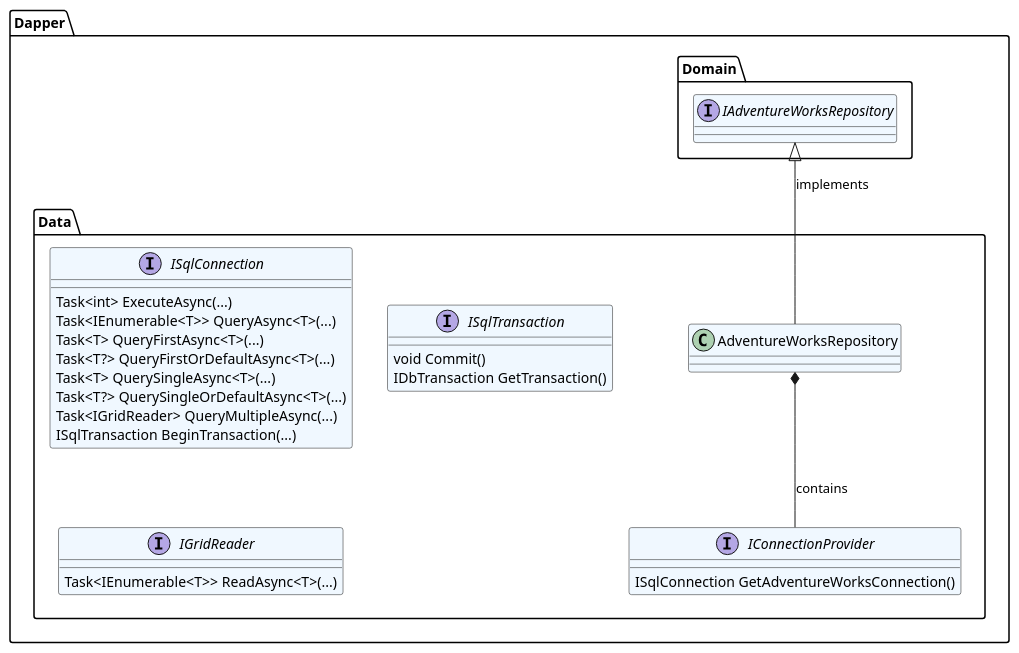
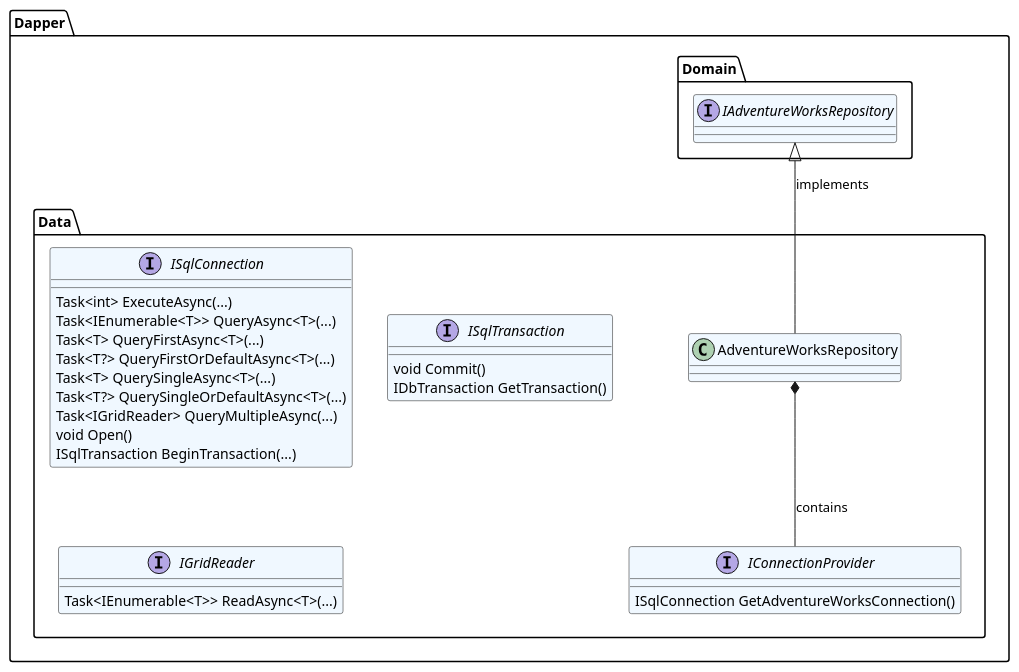
One commit to beautifulcoder/practical-dapper changed the diagram in Dapper.Data/data-access-layer.puml. Above: the diagram before and after it, drawn with PlantUML. The commit also changed 7 other files, not shown here.

```diff
--- a/Dapper.Data/data-access-layer.puml
+++ b/Dapper.Data/data-access-layer.puml
@@ -1,41 +1,42 @@
 @startuml
 'https://plantuml.com/class-diagram
 
 package Dapper.Data {
   together {
     class AdventureWorksRepository #aliceblue
 
     interface IConnectionProvider #aliceblue {
       ISqlConnection GetAdventureWorksConnection()
     }
   }
 
   interface ISqlConnection #aliceblue {
     Task<int> ExecuteAsync(...)
     Task<IEnumerable<T>> QueryAsync<T>(...)
     Task<T> QueryFirstAsync<T>(...)
     Task<T?> QueryFirstOrDefaultAsync<T>(...)
     Task<T> QuerySingleAsync<T>(...)
     Task<T?> QuerySingleOrDefaultAsync<T>(...)
     Task<IGridReader> QueryMultipleAsync(...)
+    void Open()
     ISqlTransaction BeginTransaction(...)
   }
 
   interface ISqlTransaction #aliceblue {
     void Commit()
     IDbTransaction GetTransaction()
   }
 
   interface IGridReader #aliceblue {
     Task<IEnumerable<T>> ReadAsync<T>(...)
   }
 }
 
 package Dapper.Domain {
   interface IAdventureWorksRepository #aliceblue
 }
 
 IAdventureWorksRepository <|-- AdventureWorksRepository : implements
 AdventureWorksRepository *-- IConnectionProvider : contains
 
 @enduml
```
